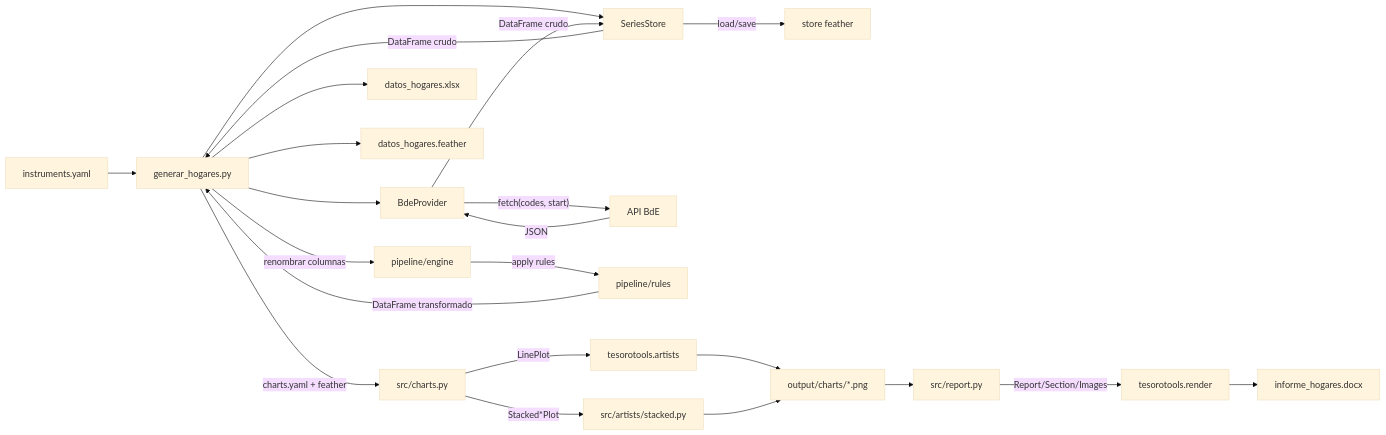
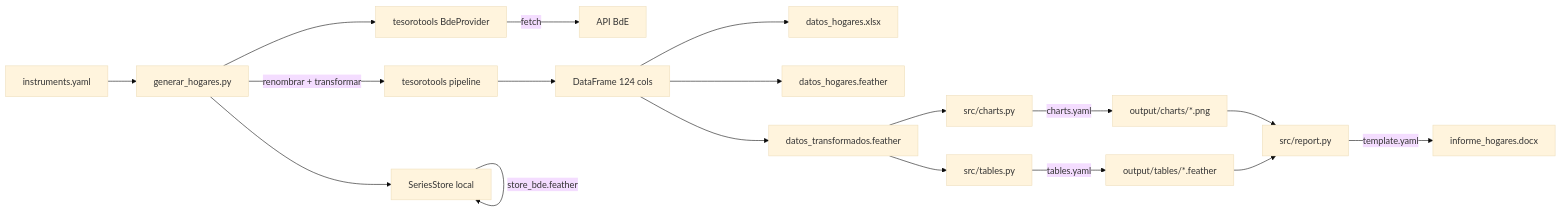
The first of 2 diagrams in docs/architecture.md (sgtyfianalisisfinanciero/situacion_financiera), drawn with Mermaid (base theme) before and after one commit. The commit also changed other lines of this file and 29 other files, not shown here.

````diff
--- a/docs/architecture.md
+++ b/docs/architecture.md
@@ -22,24 +24,20 @@
 ```mermaid
 graph LR
-    YAML[instruments.yaml] --> O[generar_hogares.py]
-    O --> P[BdeProvider]
-    O --> S[SeriesStore]
-    P -- "fetch(codes, start)" --> API[API BdE]
-    API -- "JSON" --> P
-    P -- "DataFrame crudo" --> S
-    S -- "load/save" --> F[store feather]
-    S -- "DataFrame crudo" --> O
-    O -- "renombrar columnas" --> T[pipeline/engine]
-    T -- "apply rules" --> R[pipeline/rules]
-    R -- "DataFrame transformado" --> O
-    O --> XLS[datos_hogares.xlsx]
-    O --> FT[datos_hogares.feather]
-    O -- "charts.yaml + feather" --> C[src/charts.py]
-    C -- "LinePlot" --> TT[tesorotools.artists]
-    C -- "Stacked*Plot" --> SA[src/artists/stacked.py]
-    TT --> PNG[output/charts/*.png]
-    SA --> PNG
+    INST[instruments.yaml] --> O[generar_hogares.py]
+    O --> P[tesorotools BdeProvider]
+    O --> S[SeriesStore local]
+    P -- "fetch" --> API[API BdE]
+    S -- "store_bde.feather" --> S
+    O -- "renombrar + transformar" --> TT[tesorotools pipeline]
+    TT --> DF[DataFrame 124 cols]
+    DF --> XLS[datos_hogares.xlsx]
+    DF --> FT[datos_hogares.feather]
+    DF --> CF[datos_transformados.feather]
+    CF --> CH[src/charts.py]
+    CF --> TB[src/tables.py]
+    CH -- "charts.yaml" --> PNG[output/charts/*.png]
+    TB -- "tables.yaml" --> TBF[output/tables/*.feather]
     PNG --> RP[src/report.py]
-    RP -- "Report/Section/Images" --> TR[tesorotools.render]
-    TR --> DOCX[informe_hogares.docx]
+    TBF --> RP
+    RP -- "template.yaml" --> DOCX[informe_hogares.docx]
 ```
````
